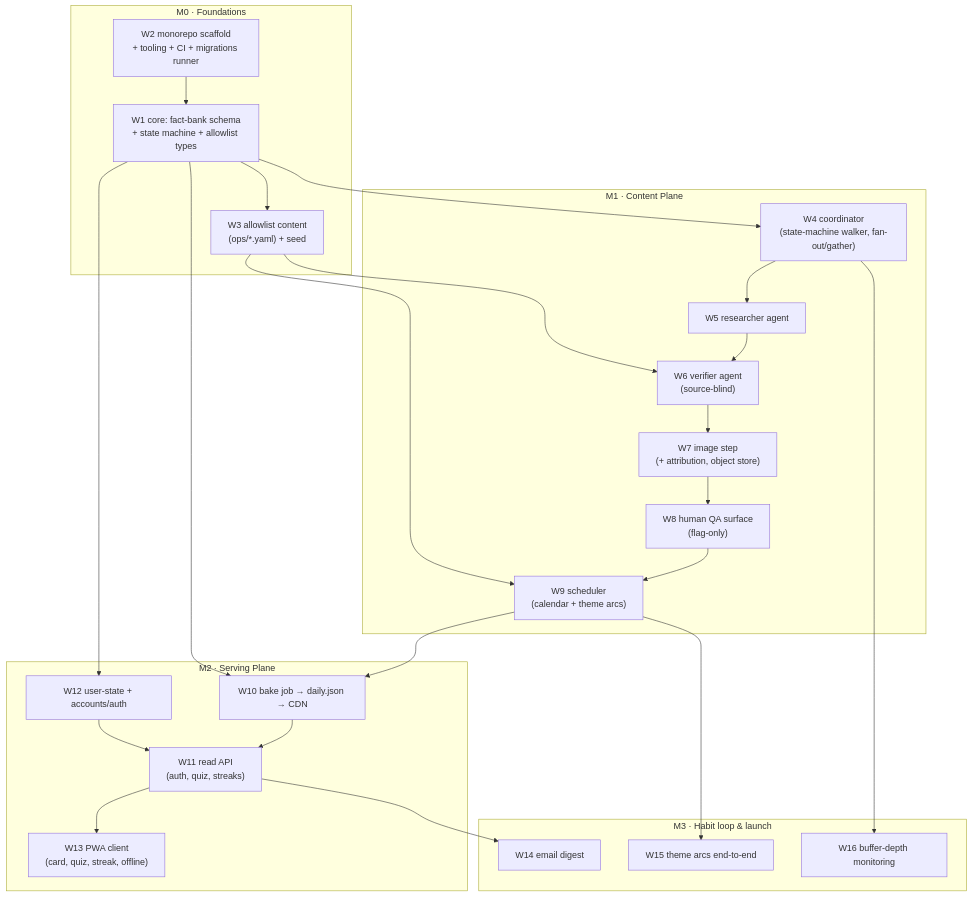
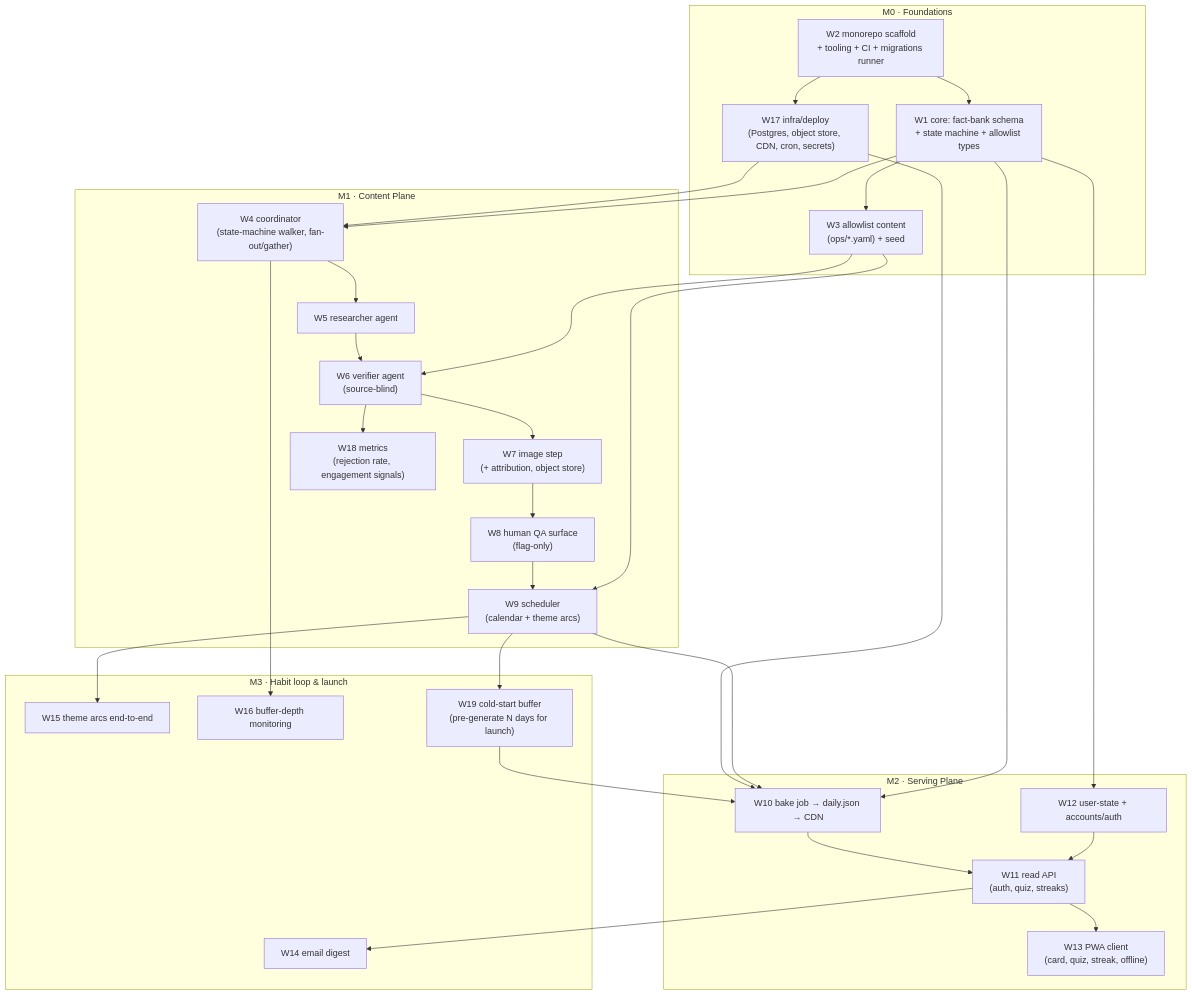
Before and after one commit to Konoha-14/morsel: the diagram in docs/specs/draft-mvp-milestones/requirements.md, drawn with Mermaid. The commit also changed other lines of this file and 1 other file, not shown here.

````diff
--- a/docs/specs/draft-mvp-milestones/requirements.md
+++ b/docs/specs/draft-mvp-milestones/requirements.md
@@ -42,42 +42,51 @@
 ```mermaid
 flowchart TB
   subgraph M0["M0 · Foundations"]
     W1["W1 core: fact-bank schema<br/>+ state machine + allowlist types"]
     W2["W2 monorepo scaffold<br/>+ tooling + CI + migrations runner"]
     W3["W3 allowlist content<br/>(ops/*.yaml) + seed"]
+    W17["W17 infra/deploy<br/>(Postgres, object store, CDN, cron, secrets)"]
   end
   subgraph M1["M1 · Content Plane"]
     W4["W4 coordinator<br/>(state-machine walker, fan-out/gather)"]
     W5["W5 researcher agent"]
     W6["W6 verifier agent<br/>(source-blind)"]
     W7["W7 image step<br/>(+ attribution, object store)"]
     W8["W8 human QA surface<br/>(flag-only)"]
     W9["W9 scheduler<br/>(calendar + theme arcs)"]
+    W18["W18 metrics<br/>(rejection rate, engagement signals)"]
   end
   subgraph M2["M2 · Serving Plane"]
     W10["W10 bake job → daily.json → CDN"]
     W11["W11 read API<br/>(auth, quiz, streaks)"]
     W12["W12 user-state + accounts/auth"]
     W13["W13 PWA client<br/>(card, quiz, streak, offline)"]
   end
   subgraph M3["M3 · Habit loop & launch"]
     W14["W14 email digest"]
     W15["W15 theme arcs end-to-end"]
     W16["W16 buffer-depth monitoring"]
+    W19["W19 cold-start buffer<br/>(pre-generate N days for launch)"]
   end
 
   W2 --> W1
   W1 --> W3
   W1 --> W4
   W1 --> W10
   W1 --> W12
   W3 --> W6
   W3 --> W9
   W4 --> W5 --> W6 --> W7 --> W8 --> W9
   W9 --> W10
   W12 --> W11
   W10 --> W11 --> W13
   W11 --> W14
   W9 --> W15
   W4 --> W16
+  W2 --> W17
+  W17 --> W10
+  W17 --> W4
+  W6 --> W18
+  W9 --> W19
+  W19 --> W10
 ```
````
